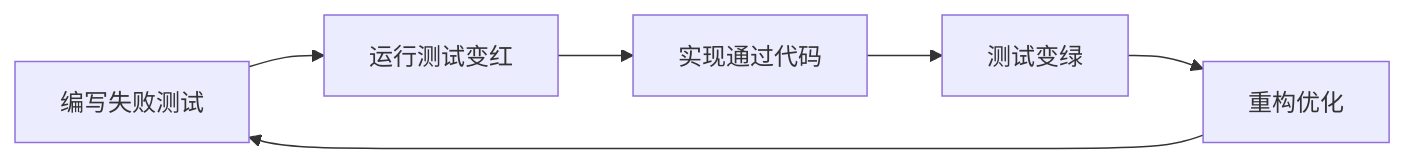
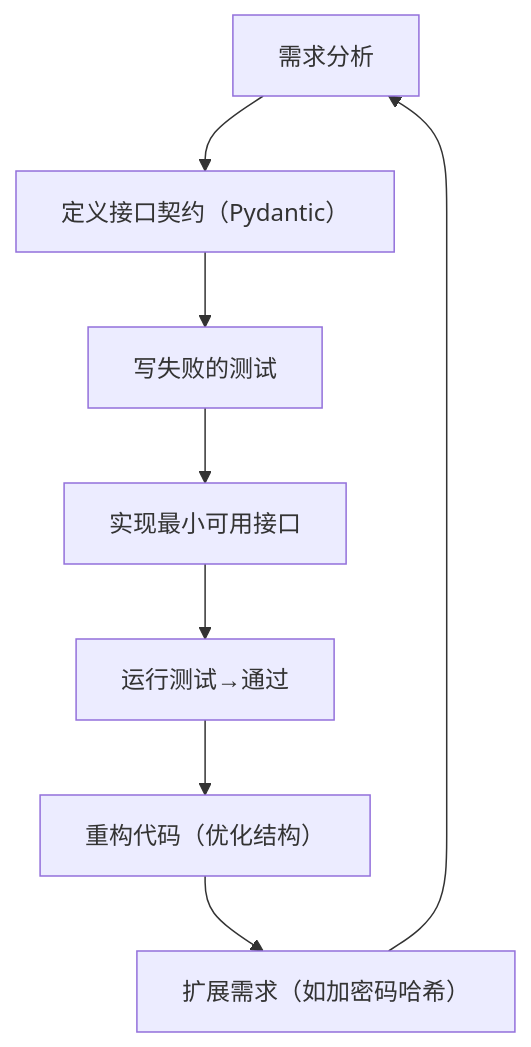
One commit to cmdragon/blog changed the diagram in content/posts/back_end/fastapi/为什么 TDD 能让你的 FastAPI 开发飞起来？.md. Above: the diagram before and after it, drawn with Mermaid. The commit also changed other lines of this file, not shown here.

````diff
--- a/content/posts/back_end/fastapi/为什么 TDD 能让你的 FastAPI 开发飞起来？.md
+++ b/content/posts/back_end/fastapi/为什么 TDD 能让你的 FastAPI 开发飞起来？.md
@@ -39,8 +275,10 @@
 ```mermaid
-graph LR
-A[编写失败测试] --> B[运行测试变红]
-B --> C[实现通过代码]
-C --> D[测试变绿]
-D --> E[重构优化]
-E --> A
+graph TD
+    A[需求分析] --> B[定义接口契约（Pydantic）]
+    B --> C[写失败的测试]
+    C --> D[实现最小可用接口]
+    D --> E[运行测试→通过]
+    E --> F[重构代码（优化结构）]
+    F --> G[扩展需求（如加密码哈希）]
+    G --> A[需求分析]
 ```
````
